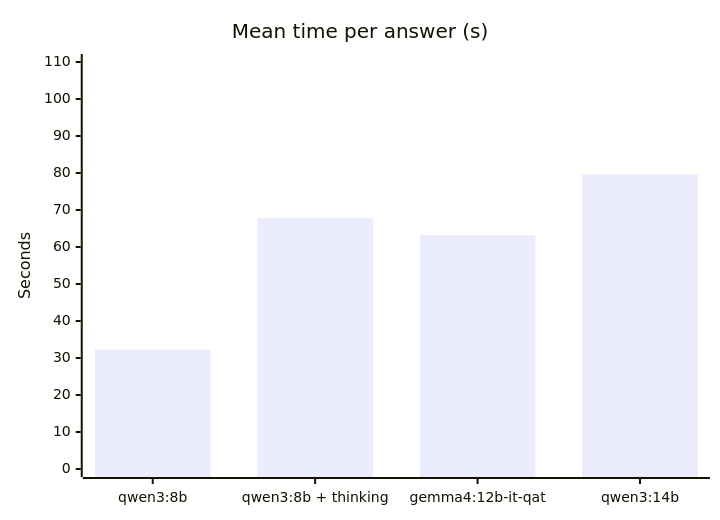
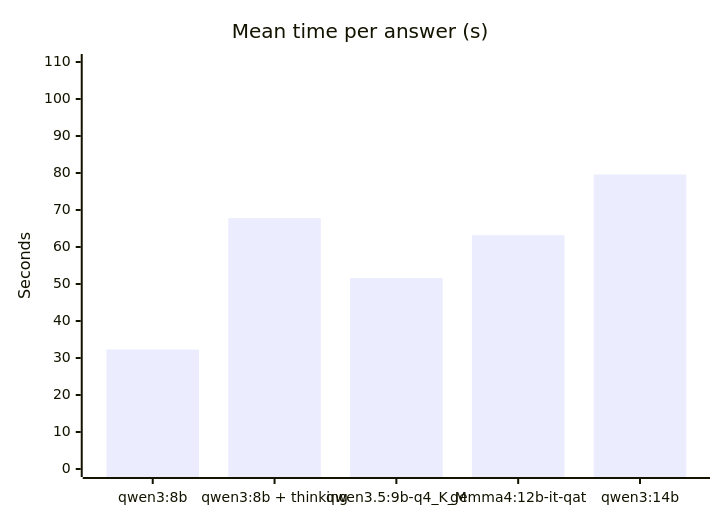
One commit to sdeparte/kb-meeting-agent changed the second of 2 diagrams in docs/benchmarks.md. Above: the diagram before and after it, drawn with Mermaid. The commit also changed other lines of this file, not shown here.

Commit message:
docs(bench): qwen3.5:9b on strong

````diff
--- a/docs/benchmarks.md
+++ b/docs/benchmarks.md
@@ -58,7 +59,7 @@
 ```mermaid
 xychart-beta
   title "Mean time per answer (s)"
-  x-axis ["qwen3:8b", "qwen3:8b + thinking", "gemma4:12b-it-qat", "qwen3:14b"]
+  x-axis ["qwen3:8b", "qwen3:8b + thinking", "qwen3.5:9b-q4_K_M", "gemma4:12b-it-qat", "qwen3:14b"]
   y-axis "Seconds" 0 --> 110
-  bar [32.3, 67.8, 63.2, 79.6]
+  bar [32.3, 67.8, 51.6, 63.2, 79.6]
 ```
````
